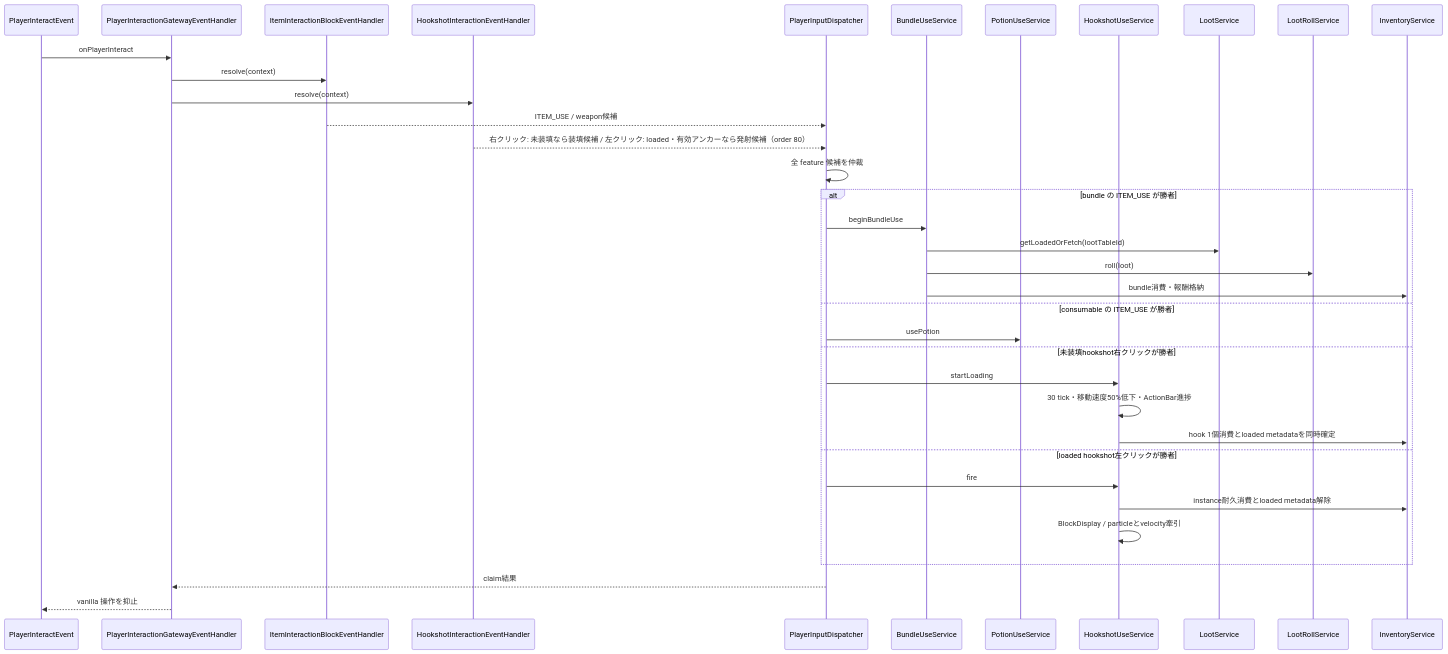
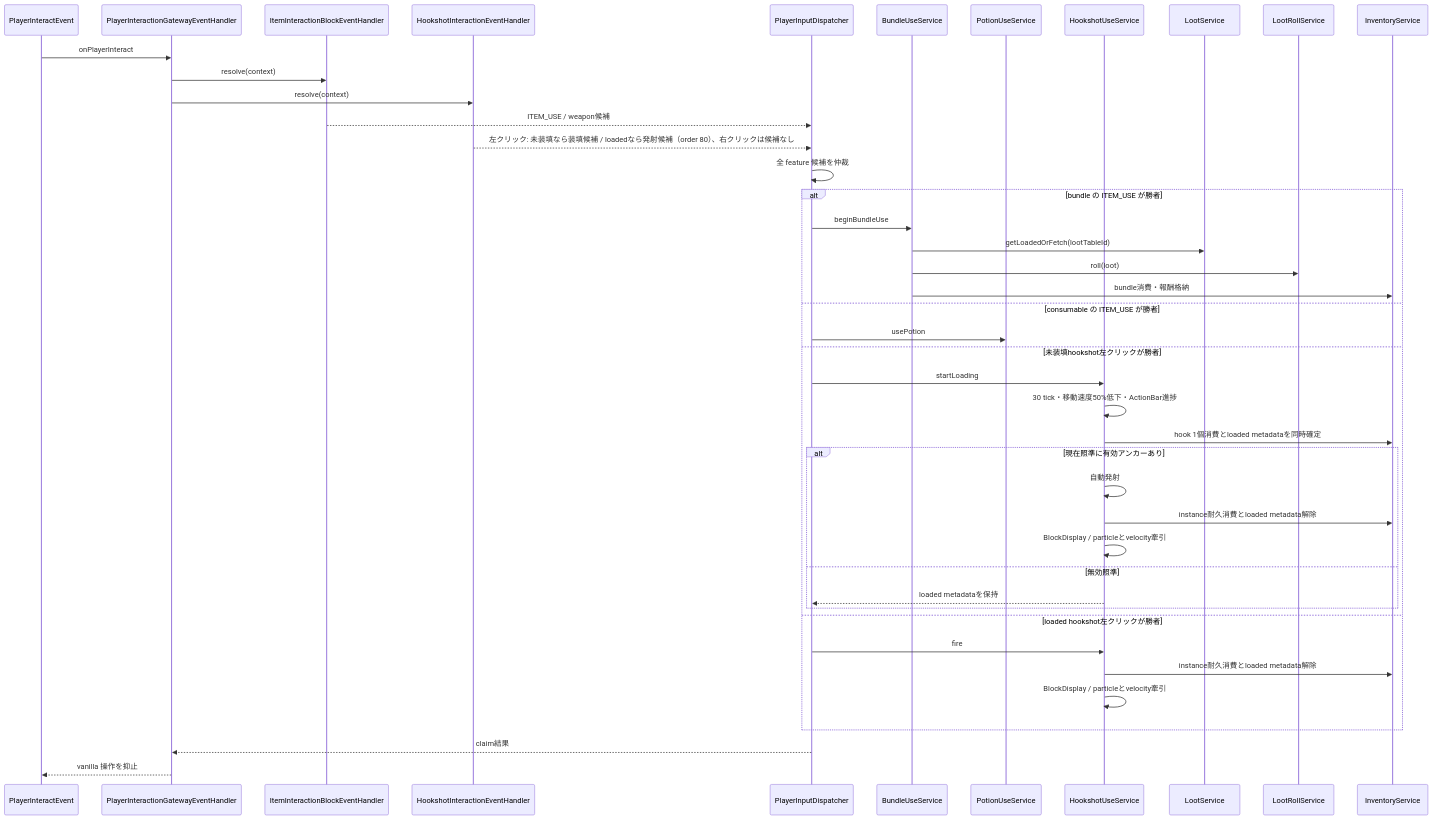
The seventh of 9 diagrams in 00_docs/10_Plugin設計書/feature/04-item/04_4-統合フロー.md (maaasu/AstralRecord-Workspace), drawn with Mermaid before and after one commit. The commit also changed other lines of this file and 15 other files, not shown here.

````diff
--- a/00_docs/10_Plugin設計書/feature/04-item/04_4-統合フロー.md
+++ b/00_docs/10_Plugin設計書/feature/04-item/04_4-統合フロー.md
@@ -212,39 +212,46 @@
 ```mermaid
 sequenceDiagram
     participant EVT as PlayerInteractEvent
     participant G as PlayerInteractionGatewayEventHandler
     participant R as ItemInteractionBlockEventHandler
     participant H as HookshotInteractionEventHandler
     participant D as PlayerInputDispatcher
     participant B as BundleUseService
     participant P as PotionUseService
     participant HS as HookshotUseService
     participant L as LootService
     participant LR as LootRollService
     participant IV as InventoryService
 
     EVT->>G: onPlayerInteract
     G->>R: resolve(context)
     G->>H: resolve(context)
     R-->>D: ITEM_USE / weapon候補
-    H-->>D: 右クリック: 未装填なら装填候補 / 左クリック: loaded・有効アンカーなら発射候補（order 80）
+    H-->>D: 左クリック: 未装填なら装填候補 / loadedなら発射候補（order 80）、右クリックは候補なし
     D->>D: 全 feature 候補を仲裁
     alt bundle の ITEM_USE が勝者
         D->>B: beginBundleUse
         B->>L: getLoadedOrFetch(lootTableId)
         B->>LR: roll(loot)
         B->>IV: bundle消費・報酬格納
     else consumable の ITEM_USE が勝者
         D->>P: usePotion
-    else 未装填hookshot右クリックが勝者
+    else 未装填hookshot左クリックが勝者
         D->>HS: startLoading
         HS->>HS: 30 tick・移動速度50%低下・ActionBar進捗
         HS->>IV: hook 1個消費とloaded metadataを同時確定
+        alt 現在照準に有効アンカーあり
+            HS->>HS: 自動発射
+            HS->>IV: instance耐久消費とloaded metadata解除
+            HS->>HS: BlockDisplay / particleとvelocity牽引
+        else 無効照準
+            HS-->>D: loaded metadataを保持
+        end
     else loaded hookshot左クリックが勝者
         D->>HS: fire
         HS->>IV: instance耐久消費とloaded metadata解除
         HS->>HS: BlockDisplay / particleとvelocity牽引
     end
     D-->>G: claim結果
     G-->>EVT: vanilla 操作を抑止
 ```
````
